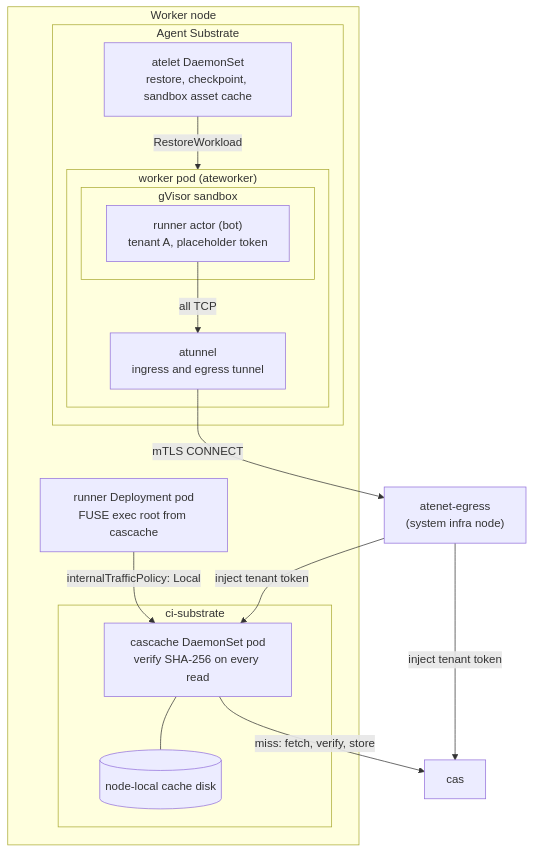
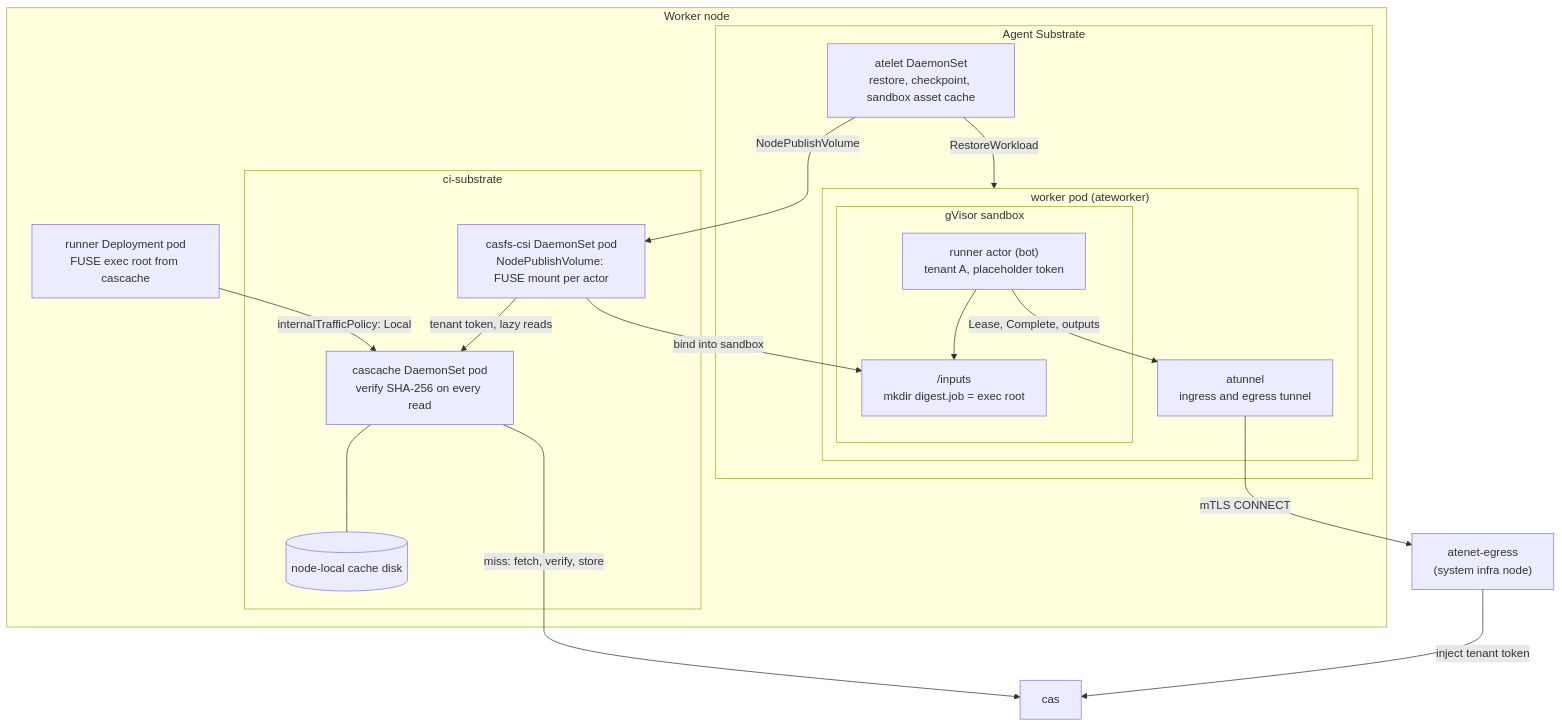
One commit to imjasonh/playground changed the second of 2 diagrams in ci-substrate/README.md. Above: the diagram before and after it, drawn with Mermaid. The commit also changed other lines of this file and 1 other file, not shown here.

First line of the commit message:
ci-substrate: document host-side hydration through casfs-csi

````diff
--- a/ci-substrate/README.md
+++ b/ci-substrate/README.md
@@ -91,31 +94,36 @@
 ```mermaid
 flowchart TB
   subgraph node["Worker node"]
     subgraph substrate["Agent Substrate"]
       atelet["atelet DaemonSet<br/>restore, checkpoint, sandbox asset cache"]
       subgraph wp["worker pod (ateworker)"]
         atunnel["atunnel<br/>ingress and egress tunnel"]
         subgraph sandbox["gVisor sandbox"]
           runner["runner actor (bot)<br/>tenant A, placeholder token"]
+          inputs["/inputs<br/>mkdir digest.job = exec root"]
         end
       end
     end
     subgraph cinode["ci-substrate"]
+      csi["casfs-csi DaemonSet pod<br/>NodePublishVolume: FUSE mount per actor"]
       cascache["cascache DaemonSet pod<br/>verify SHA-256 on every read"]
       disk[("node-local cache disk")]
     end
     hostpod["runner Deployment pod<br/>FUSE exec root from cascache"]
   end
 
   egress["atenet-egress<br/>(system infra node)"]
   cas["cas"]
 
   atelet -->|"RestoreWorkload"| wp
-  runner -->|"all TCP"| atunnel
+  atelet -->|"NodePublishVolume"| csi
+  csi -->|"bind into sandbox"| inputs
+  runner --> inputs
+  csi -->|"tenant token, lazy reads"| cascache
+  runner -->|"Lease, Complete, outputs"| atunnel
   atunnel -->|"mTLS CONNECT"| egress
-  egress -->|"inject tenant token"| cascache
   egress -->|"inject tenant token"| cas
   cascache --- disk
   cascache -->|"miss: fetch, verify, store"| cas
   hostpod -->|"internalTrafficPolicy: Local"| cascache
 ```
````
